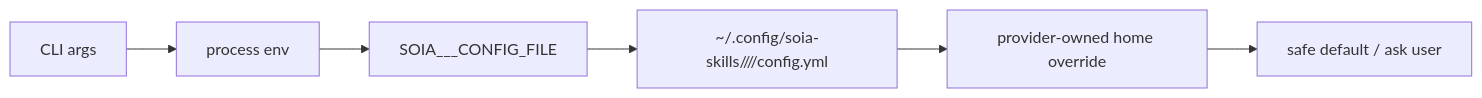
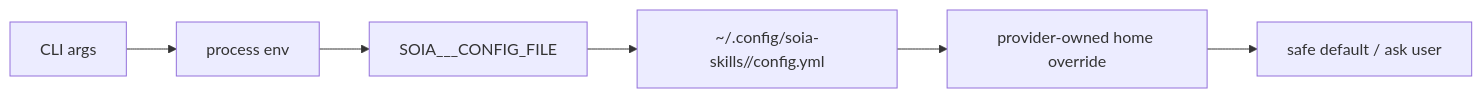
The diagram in SKILL_SPEC.md (soia-team/soia-open-edu-course-skills), drawn with Mermaid before and after one commit. The commit also changed other lines of this file and 3 other files, not shown here.

Commit message:
docs(config): 文档与脚手架统一为 schema v2 扁平路径

````diff
--- a/SKILL_SPEC.md
+++ b/SKILL_SPEC.md
@@ -298,8 +298,8 @@
 ```mermaid
 flowchart LR
   A["CLI args"] --> B["process env"]
   B --> C["SOIA_<TYPE>_<SHORT>_CONFIG_FILE"]
-  C --> D["~/.config/soia-skills/<repo>/<type>/<skill>/config.yml"]
+  C --> D["~/.config/soia-skills/<skill>/config.yml"]
   D --> E["provider-owned home override"]
   E --> F["safe default / ask user"]
 ```
````
